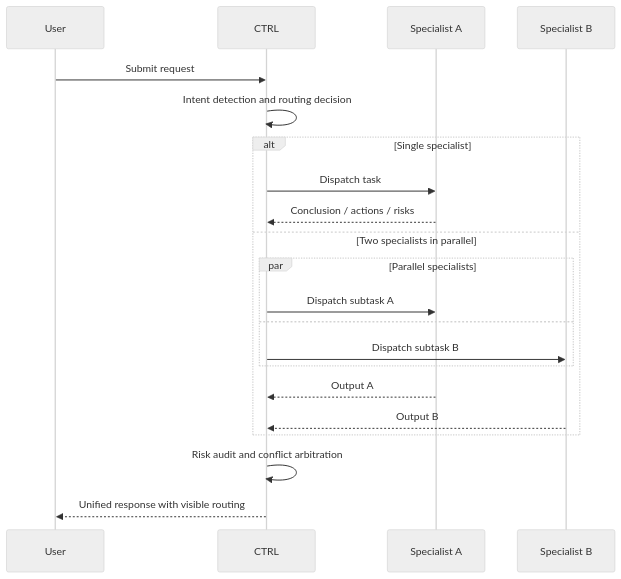
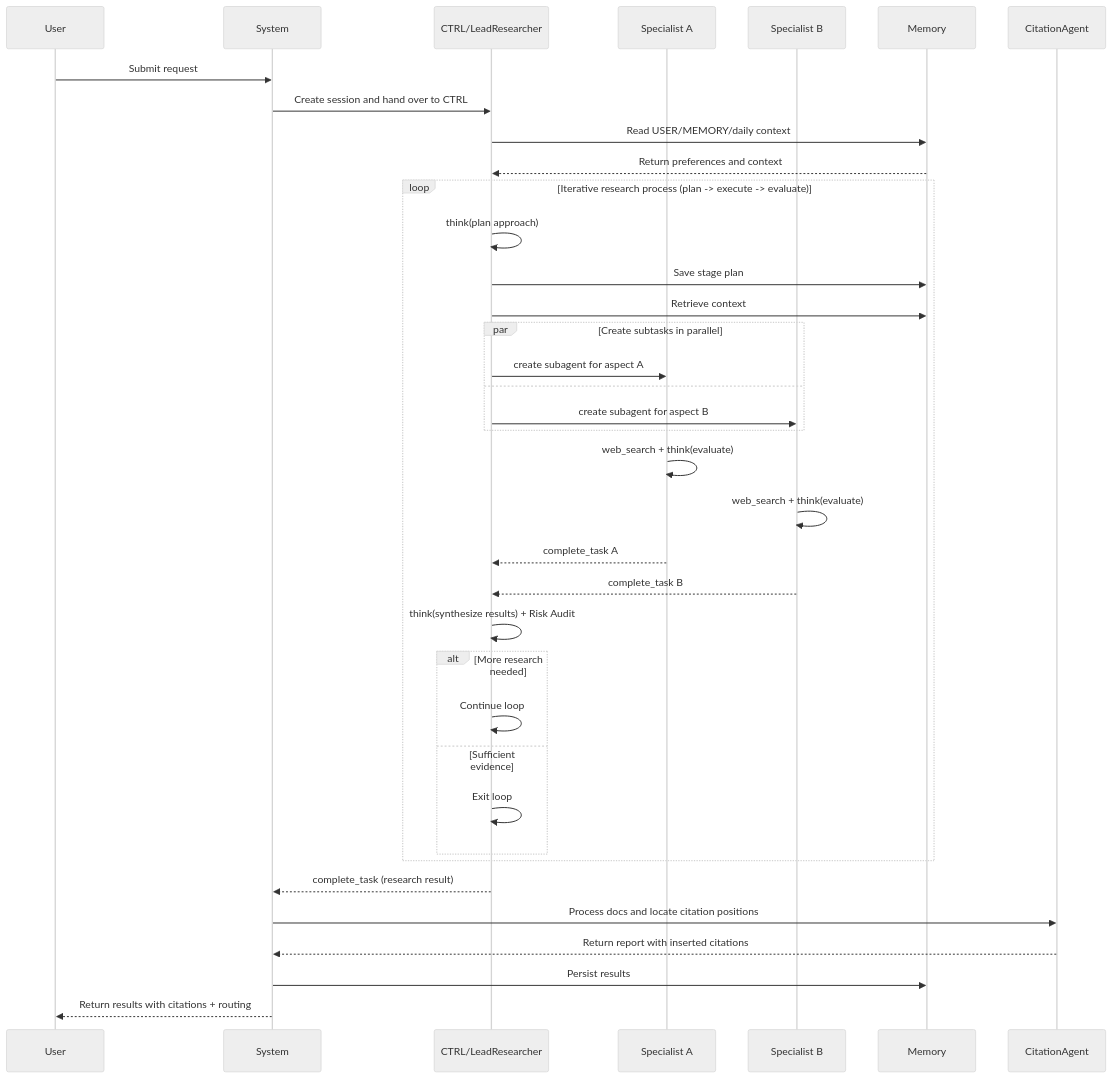
One commit to jinglong92/longClaw changed the second of 2 diagrams in README.en.md. Above: the diagram before and after it, drawn with Mermaid (neutral theme). The commit also changed other lines of this file and 6 other files, not shown here.

Commit message:
docs: refine orchestrator-worker sequence and sync diagram assets

````diff
--- a/README.en.md
+++ b/README.en.md
@@ -86,24 +86,42 @@
 ```mermaid
 sequenceDiagram
     participant U as User
-    participant C as CTRL
+    participant S as System
+    participant C as CTRL/LeadResearcher
     participant A as Specialist A
     participant B as Specialist B
+    participant M as Memory
+    participant Q as CitationAgent
 
-    U->>C: Submit request
-    C->>C: Intent detection and routing decision
-    alt Single specialist
-        C->>A: Dispatch task
-        A-->>C: Conclusion / actions / risks
-    else Two specialists in parallel
-        par Parallel specialists
-            C->>A: Dispatch subtask A
+    U->>S: Submit request
+    S->>C: Create session and hand over to CTRL
+    C->>M: Read USER/MEMORY/daily context
+    M-->>C: Return preferences and context
+
+    loop Iterative research process (plan -> execute -> evaluate)
+        C->>C: think(plan approach)
+        C->>M: Save stage plan
+        C->>M: Retrieve context
+        par Create subtasks in parallel
+            C->>A: create subagent for aspect A
             and
-            C->>B: Dispatch subtask B
+            C->>B: create subagent for aspect B
         end
-        A-->>C: Output A
-        B-->>C: Output B
+        A->>A: web_search + think(evaluate)
+        B->>B: web_search + think(evaluate)
+        A-->>C: complete_task A
+        B-->>C: complete_task B
+        C->>C: think(synthesize results) + Risk Audit
+        alt More research needed
+            C->>C: Continue loop
+        else Sufficient evidence
+            C->>C: Exit loop
+        end
     end
-    C->>C: Risk audit and conflict arbitration
-    C-->>U: Unified response with visible routing
+
+    C-->>S: complete_task (research result)
+    S->>Q: Process docs and locate citation positions
+    Q-->>S: Return report with inserted citations
+    S->>M: Persist results
+    S-->>U: Return results with citations + routing
 ```
````
